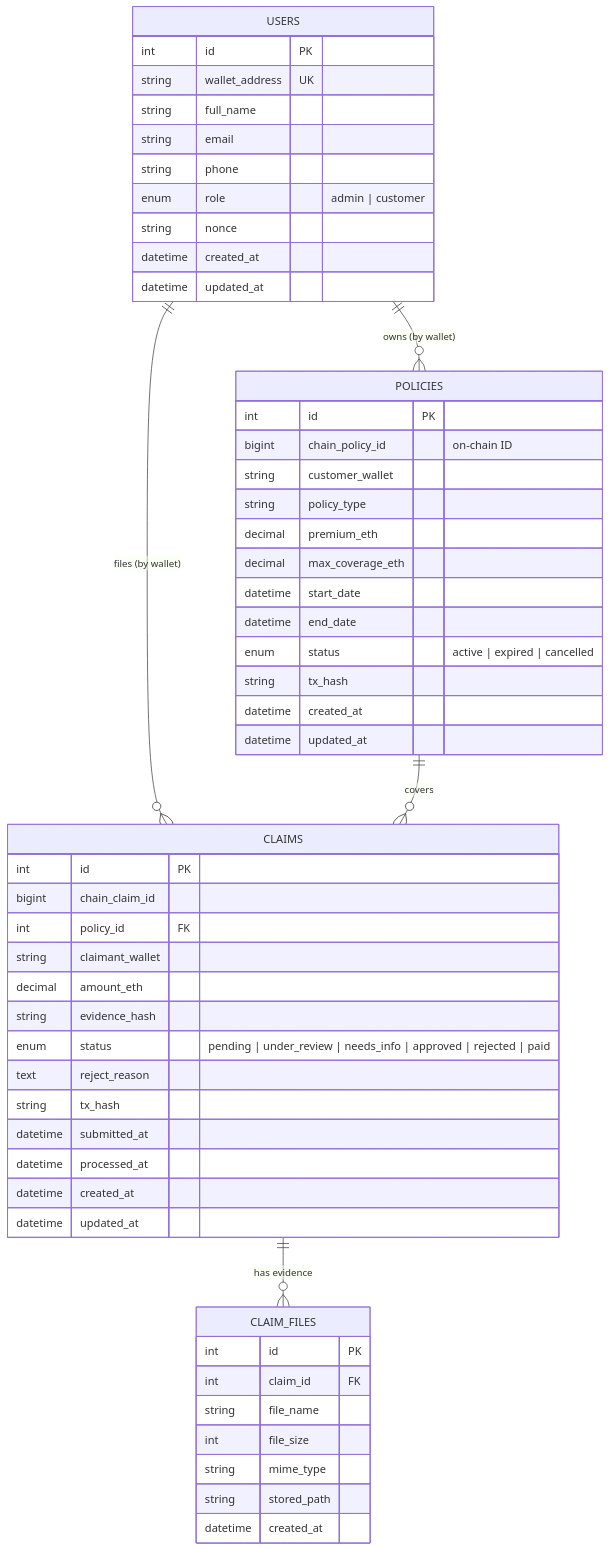
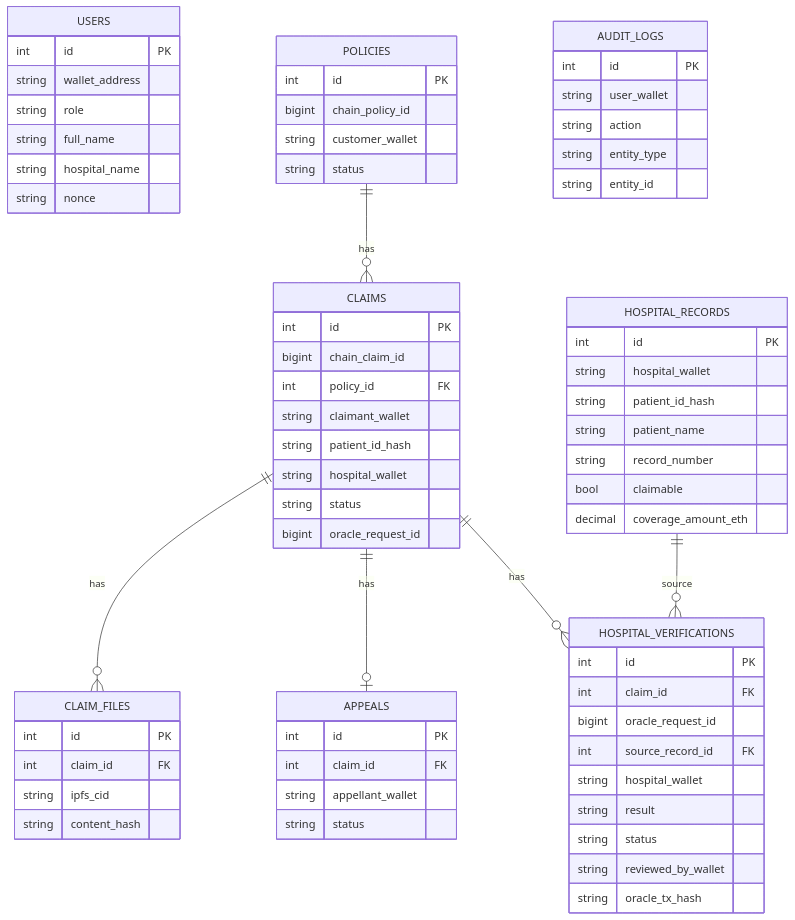
One commit to hdd0510/blockchain-insurance changed the sixth of 6 diagrams in docs/architecture.md. Above: the diagram before and after it, drawn with Mermaid. The commit also changed other lines of this file and 4 other files, not shown here.

First line of the commit message:
docs: update architecture, system report, and README for hospital flow

````diff
--- a/docs/architecture.md
+++ b/docs/architecture.md
@@ -62,60 +225,79 @@
 ```mermaid
 erDiagram
-    USERS ||--o{ POLICIES : "owns (by wallet)"
-    USERS ||--o{ CLAIMS  : "files (by wallet)"
-    POLICIES ||--o{ CLAIMS : "covers"
-    CLAIMS ||--o{ CLAIM_FILES : "has evidence"
-
     USERS {
         int id PK
-        string wallet_address UK
+        string wallet_address
+        string role
         string full_name
-        string email
-        string phone
-        enum role "admin | customer"
+        string hospital_name
         string nonce
-        datetime created_at
-        datetime updated_at
     }
 
     POLICIES {
         int id PK
-        bigint chain_policy_id "on-chain ID"
+        bigint chain_policy_id
         string customer_wallet
-        string policy_type
-        decimal premium_eth
-        decimal max_coverage_eth
-        datetime start_date
-        datetime end_date
-        enum status "active | expired | cancelled"
-        string tx_hash
-        datetime created_at
-        datetime updated_at
+        string status
     }
 
     CLAIMS {
         int id PK
         bigint chain_claim_id
         int policy_id FK
         string claimant_wallet
-        decimal amount_eth
-        string evidence_hash
-        enum status "pending | under_review | needs_info | approved | rejected | paid"
-        text reject_reason
-        string tx_hash
-        datetime submitted_at
-        datetime processed_at
-        datetime created_at
-        datetime updated_at
+        string patient_id_hash
+        string hospital_wallet
+        string status
+        bigint oracle_request_id
     }
 
     CLAIM_FILES {
         int id PK
         int claim_id FK
-        string file_name
-        int file_size
-        string mime_type
-        string stored_path
-        datetime created_at
+        string ipfs_cid
+        string content_hash
     }
+
+    APPEALS {
+        int id PK
+        int claim_id FK
+        string appellant_wallet
+        string status
+    }
+
+    HOSPITAL_RECORDS {
+        int id PK
+        string hospital_wallet
+        string patient_id_hash
+        string patient_name
+        string record_number
+        bool claimable
+        decimal coverage_amount_eth
+    }
+
+    HOSPITAL_VERIFICATIONS {
+        int id PK
+        int claim_id FK
+        bigint oracle_request_id
+        int source_record_id FK
+        string hospital_wallet
+        string result
+        string status
+        string reviewed_by_wallet
+        string oracle_tx_hash
+    }
+
+    AUDIT_LOGS {
+        int id PK
+        string user_wallet
+        string action
+        string entity_type
+        string entity_id
+    }
+
+    POLICIES ||--o{ CLAIMS : has
+    CLAIMS ||--o{ CLAIM_FILES : has
+    CLAIMS ||--o| APPEALS : has
+    CLAIMS ||--o{ HOSPITAL_VERIFICATIONS : has
+    HOSPITAL_RECORDS ||--o{ HOSPITAL_VERIFICATIONS : source
 ```
````
